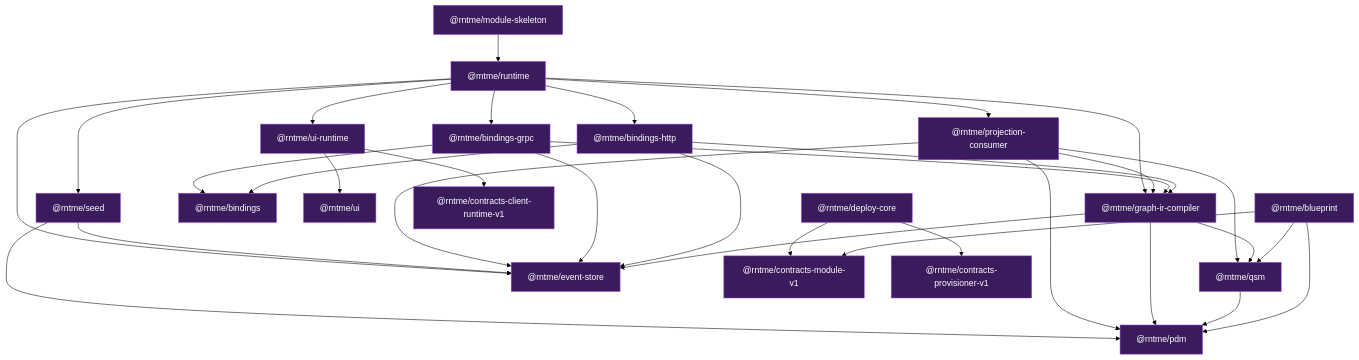
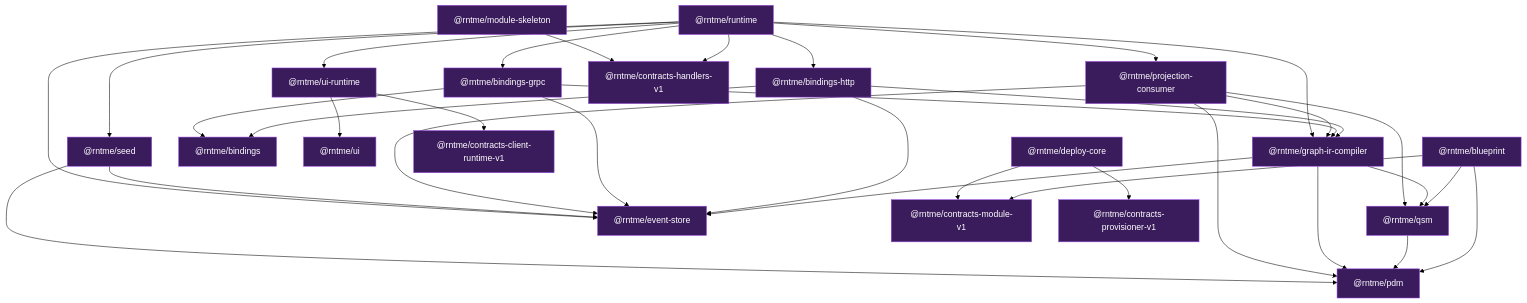
The second of 2 diagrams in README.md (vladprrs/rntme), drawn with Mermaid (forest theme) before and after one commit. The commit also changed other lines of this file and 13 other files, not shown here.

First line of the commit message:
refactor(contracts): extract @rntme/contracts-handlers-v1 from runtime

````diff
--- a/README.md
+++ b/README.md
@@ -143,36 +144,37 @@
 ```mermaid
 flowchart TB
     classDef pkg fill:#3a1b5c,stroke:#9a4ae2,color:#fff;
     classDef demo fill:#1b5c3a,stroke:#4ae29a,color:#fff;
 
     BP["@rntme/blueprint"]:::pkg
     PDM["@rntme/pdm"]:::pkg
     QSM["@rntme/qsm"]:::pkg
     ES["@rntme/event-store"]:::pkg
     GIR["@rntme/graph-ir-compiler"]:::pkg
     B["@rntme/bindings"]:::pkg
     BH["@rntme/bindings-http"]:::pkg
     BG["@rntme/bindings-grpc"]:::pkg
     UI["@rntme/ui"]:::pkg
     UIR["@rntme/ui-runtime"]:::pkg
     PC["@rntme/projection-consumer"]:::pkg
     SD["@rntme/seed"]:::pkg
     RT["@rntme/runtime"]:::pkg
     MS["@rntme/module-skeleton"]:::pkg
     CMV1["@rntme/contracts-module-v1"]:::pkg
     CPV1["@rntme/contracts-provisioner-v1"]:::pkg
     CCRV1["@rntme/contracts-client-runtime-v1"]:::pkg
+    CHV1["@rntme/contracts-handlers-v1"]:::pkg
     DC["@rntme/deploy-core"]:::pkg
 
     BP --> PDM & QSM & CMV1
     QSM --> PDM
     GIR --> PDM & QSM & ES
     BH --> B & GIR & ES
     BG --> B & GIR & ES
     UIR --> UI & CCRV1
     PC --> ES & GIR & PDM & QSM
     SD --> ES & PDM
-    RT --> BH & BG & UIR & PC & SD & GIR & ES
-    MS --> RT
+    RT --> BH & BG & UIR & PC & SD & GIR & ES & CHV1
+    MS --> CHV1
     DC --> CMV1 & CPV1
 ```
````
